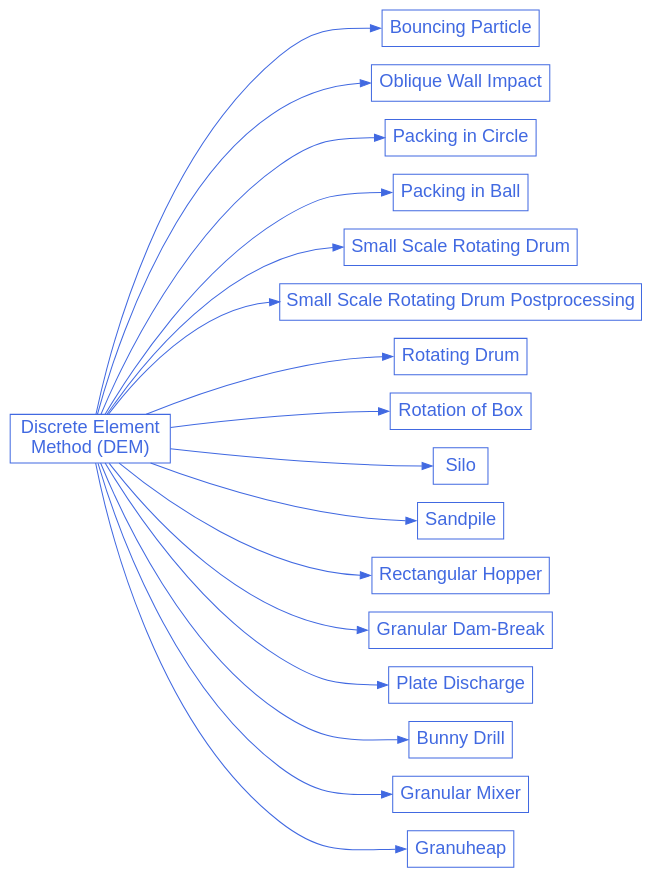
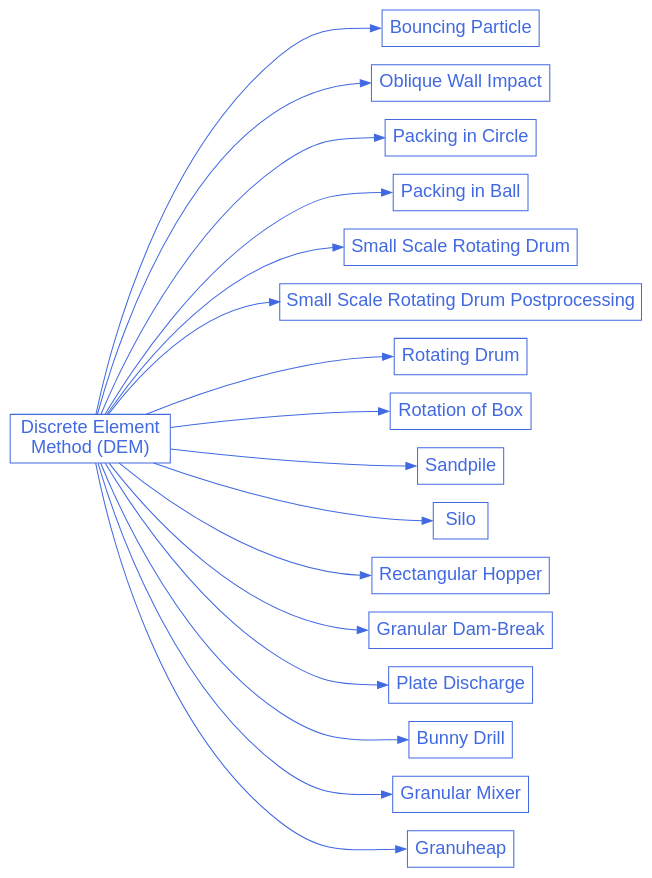
One commit to chaos-polymtl/lethe changed the diagram in doc/source/examples/dem/dem.rst. Above: the diagram before and after it, drawn with Graphviz. The commit also changed 1 other file, not shown here.

Commit message:
sandpile before silo in tree

```diff
--- a/doc/source/examples/dem/dem.rst
+++ b/doc/source/examples/dem/dem.rst
@@ -29,60 +29,60 @@
 .. graphviz:: 
 
     digraph dem_diagram {
       graph [bgcolor="transparent", align=true, ranksep=1.5];
       node [fontname=Arial, fontsize=18, shape=box, fontcolor=royalblue, color=royalblue];
       edge [color=royalblue];
       rankdir="LR";
       size = "9,9";
       
       dem [label="Discrete Element \nMethod (DEM)", href="https://chaos-polymtl.github.io/lethe/documentation/examples/dem/dem.html"];
 
       dem_1 [label="Bouncing Particle", href="https://chaos-polymtl.github.io/lethe/documentation/examples/dem/bouncing-particle/bouncing-particle.html"];
 
       dem_2 [label="Oblique Wall Impact", href="https://chaos-polymtl.github.io/lethe/documentation/examples/dem/oblique-wall-impact/oblique-wall-impact.html"];
 
       dem_3 [label="Packing in Circle", href="https://chaos-polymtl.github.io/lethe/documentation/examples/dem/packing-in-circle/packing-in-circle.html"];
 
       dem_4 [label="Packing in Ball", href="https://chaos-polymtl.github.io/lethe/documentation/examples/dem/packing-in-ball/packing-in-ball.html"];
 
       dem_5 [label="Small Scale Rotating Drum", href="https://chaos-polymtl.github.io/lethe/documentation/examples/dem/small-scale-rotating-drum/small-scale-rotating-drum.html"];
     
       dem_6 [label="Small Scale Rotating Drum Postprocessing", href="https://chaos-polymtl.github.io/lethe/documentation/examples/dem/small-scale-rotating-drum-postprocessing/small-scale-rotating-drum-postprocessing.html"];
 
       dem_7 [label="Rotating Drum", href="https://chaos-polymtl.github.io/lethe/documentation/examples/dem/rotating-drum/rotating-drum.html"];
 
       dem_8 [label="Rotation of Box", href="https://chaos-polymtl.github.io/lethe/documentation/examples/dem/rotation-of-box/rotation-of-box.html"];
 
-      dem_9 [label="Silo", href="https://chaos-polymtl.github.io/lethe/documentation/examples/dem/silo/silo.html"]; 
+      dem_9 [label="Sandpile", href="https://chaos-polymtl.github.io/lethe/documentation/examples/dem/sandpile-formation/sandpile-formation.html"]; 
 
-      dem_10 [label="Sandpile", href="https://chaos-polymtl.github.io/lethe/documentation/examples/dem/sandpile-formation/sandpile-formation.html"]; 
+      dem_10 [label="Silo", href="https://chaos-polymtl.github.io/lethe/documentation/examples/dem/silo/silo.html"]; 
 
       dem_11 [label="Rectangular Hopper", href="https://chaos-polymtl.github.io/lethe/documentation/examples/dem/rectangular-hopper/rectangular-hopper.html"];
 
       dem_12 [label="Granular Dam-Break", href="https://chaos-polymtl.github.io/lethe/documentation/examples/dem/granular-dam-break/granular-dam-break.html"];
 
       dem_13 [label="Plate Discharge", href="https://chaos-polymtl.github.io/lethe/documentation/examples/dem/plate-discharge/plate-discharge.html"];
 
       dem_14 [label="Bunny Drill", href="https://chaos-polymtl.github.io/lethe/documentation/examples/dem/bunny-drill/bunny-drill.html"];
 
       dem_15 [label="Granular Mixer", href="https://chaos-polymtl.github.io/lethe/documentation/examples/dem/granular-mixer/granular-mixer.html"];
 
       dem_16 [label="Granuheap", href="https://chaos-polymtl.github.io/lethe/documentation/examples/dem/granuheap/granuheap.html"];
 
       dem -> dem_1:w;
       dem -> dem_2:w;
       dem -> dem_3:w;
       dem -> dem_4:w;
       dem -> dem_5:w;
       dem -> dem_6:w;
       dem -> dem_7:w;
       dem -> dem_8:w;
       dem -> dem_9:w;
       dem -> dem_10:w;
       dem -> dem_11:w;
       dem -> dem_12:w;
       dem -> dem_13:w;
       dem -> dem_14:w;
       dem -> dem_15:w;
       dem -> dem_16:w;     
     }
```
